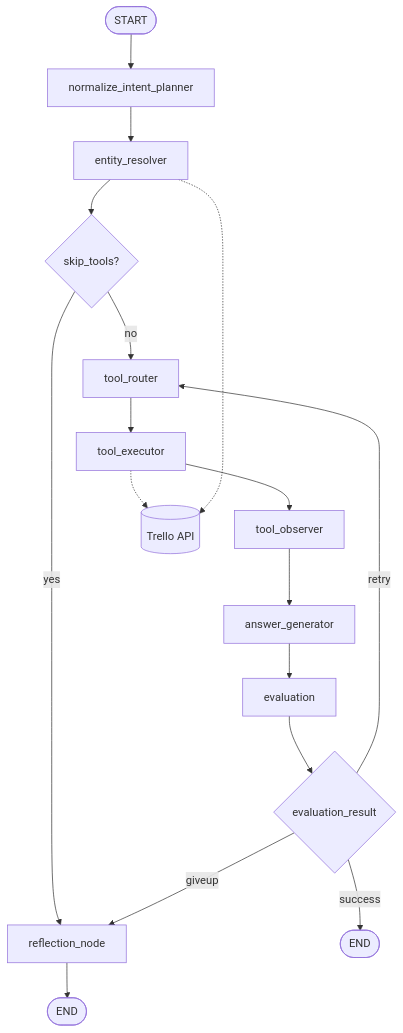
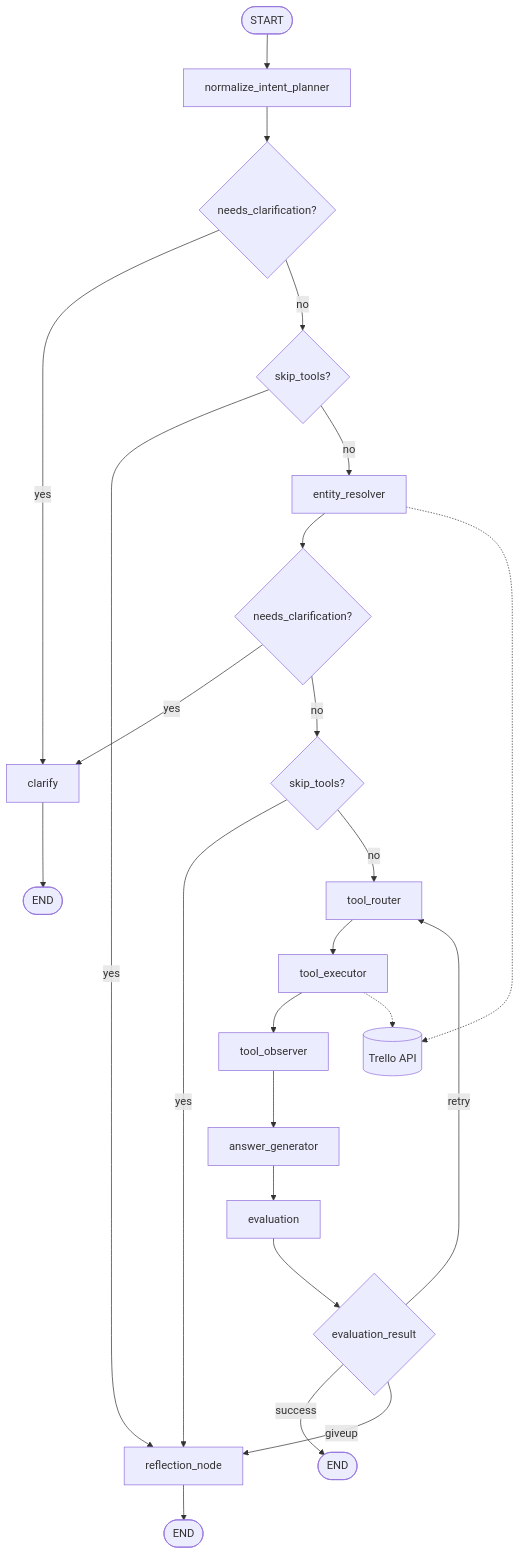
One commit to raffelprama/trello-agent changed the second of 2 diagrams in README.md. Above: the diagram before and after it, drawn with Mermaid. The commit also changed other lines of this file and 28 other files, not shown here.

````diff
--- a/README.md
+++ b/README.md
@@ -134,19 +151,26 @@
 ```mermaid
 flowchart TD
     Start([START]) --> Planner[normalize_intent_planner]
-    Planner --> EntityResolver[entity_resolver]
-    EntityResolver --> RoutePlanner{skip_tools?}
-    RoutePlanner -->|yes| Reflection[reflection_node]
-    RoutePlanner -->|no| ToolRouter[tool_router]
+    Planner --> RouteP{needs_clarification?}
+    RouteP -->|yes| Clarify[clarify]
+    RouteP -->|no| RouteSkipP{skip_tools?}
+    RouteSkipP -->|yes| Reflection[reflection_node]
+    RouteSkipP -->|no| EntityResolver[entity_resolver]
+    EntityResolver --> RouteE{needs_clarification?}
+    RouteE -->|yes| Clarify
+    RouteE -->|no| RouteSkipE{skip_tools?}
+    RouteSkipE -->|yes| Reflection
+    RouteSkipE -->|no| ToolRouter[tool_router]
     ToolRouter --> ToolExecutor[tool_executor]
     ToolExecutor --> ToolObserver[tool_observer]
     ToolObserver --> AnswerGen[answer_generator]
     AnswerGen --> Evaluation[evaluation]
     Evaluation --> RouteEval{evaluation_result}
     RouteEval -->|success| EndSuccess([END])
     RouteEval -->|retry| ToolRouter
     RouteEval -->|giveup| Reflection
     Reflection --> EndReflect([END])
+    Clarify --> EndClarify([END])
     ToolExecutor -.-> Trello[(Trello API)]
     EntityResolver -.-> Trello
 ```
````
